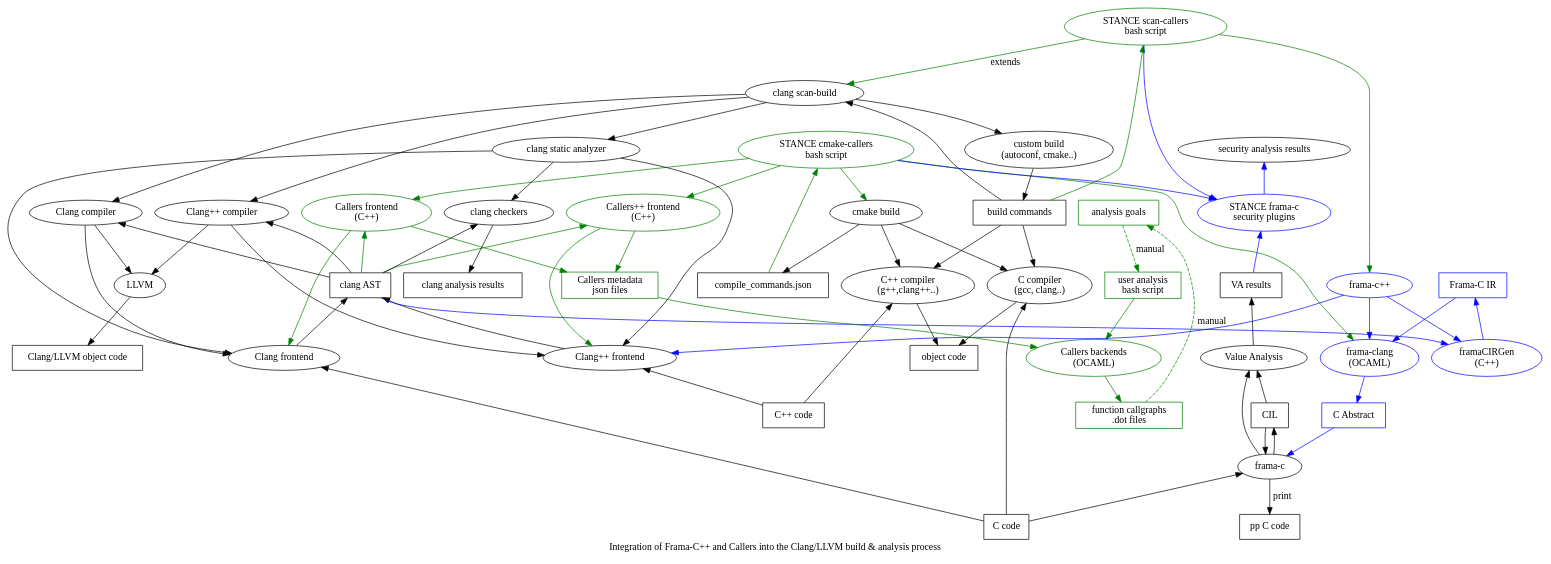
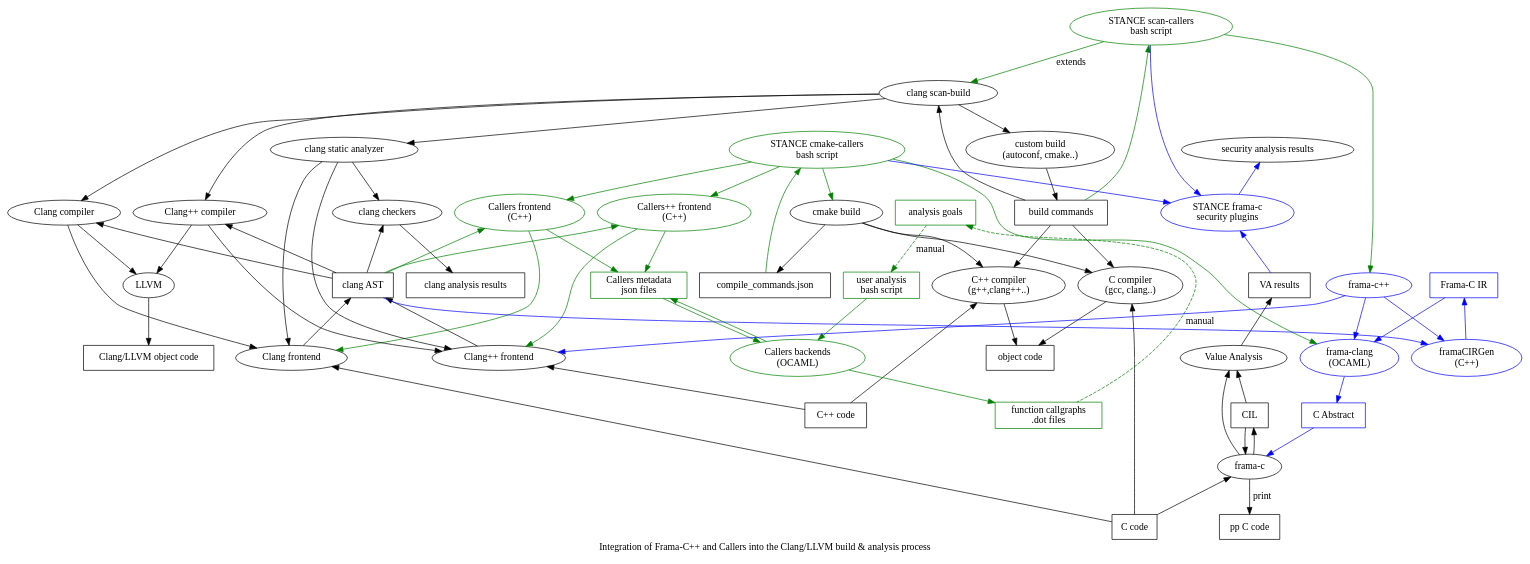
One commit to hbalp/callers changed the first of 10 diagrams in doc/callers.org. Above: the diagram before and after it, drawn with Graphviz. The commit also changed other lines of this file, not shown here.

Commit message:
Added big pictures for: 1) frama-c security analysis processes 2) frama-c++ -> framaCIRGen -> frama-clang -> frama-c -> VA

```diff
--- a/doc/callers.org
+++ b/doc/callers.org
@@ -51,4 +52,4 @@
-    #+BEGIN_SRC dot :tangle callers.frama-c++.launcher.gen.dot
+    #+BEGIN_SRC dot : tangle callers.frama-c++.launcher.gen.dot
 digraph "Integration of Frama-C++ and Callers into the Clang/LLVM build & analysis process"
 {
 // title
@@ -165,6 +166,7 @@
 "function callgraphs" [ label="function callgraphs\n.dot files", shape=box, color=green ]
 "callers backends" [ label="Callers backends\n(OCAML)", color="green" ]
 "metadata json file" -> "callers backends" [ color=green ]
+"metadata json file" -> "callers backends" [ dir=back, color=green ]
 "user config" -> "callers backends" [ color=green ]
 "callers backends" -> "function callgraphs" [ color=green ]
 
```
